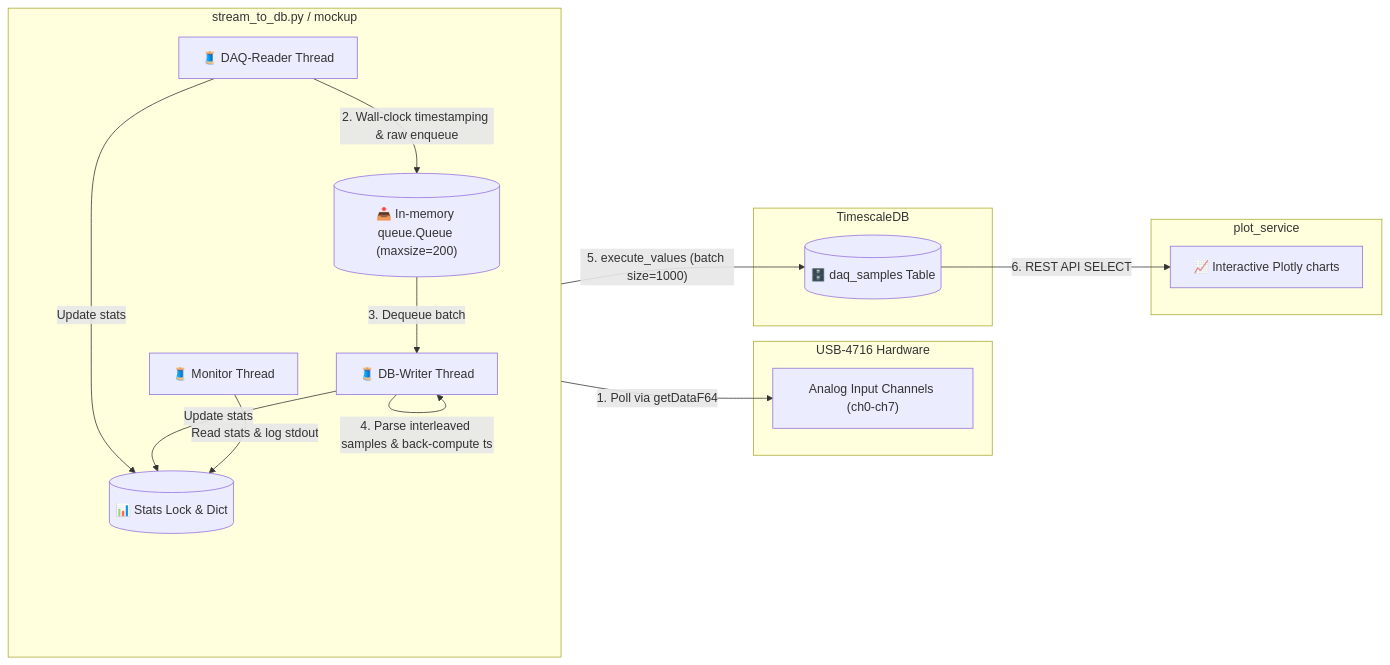
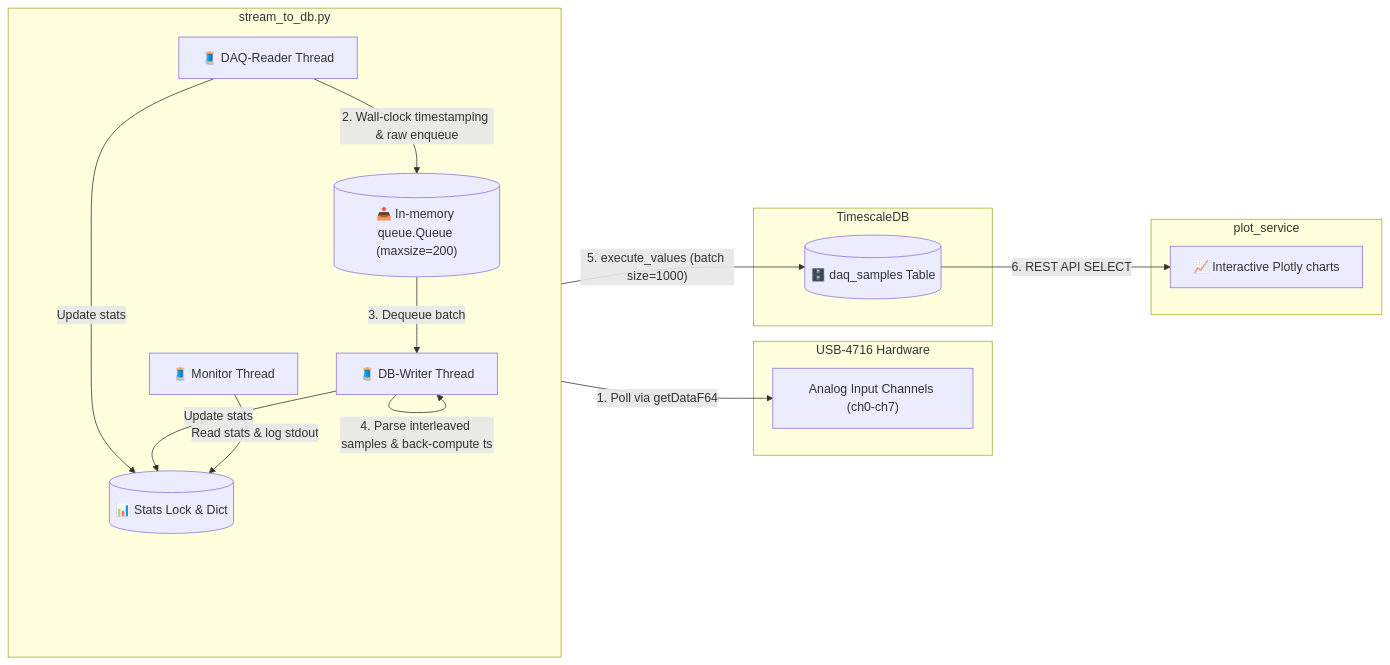
Before and after one commit to Faiisu/DAQ-USB-4716: the third of 3 diagrams in README.md, drawn with Mermaid. The commit also changed other lines of this file, not shown here.

Commit message:
docs(readme): remove mockup references from Technical Architecture and Data Flow diagrams

````diff
--- a/README.md
+++ b/README.md
@@ -86,34 +86,34 @@
 ```mermaid
 graph LR
     subgraph HW [USB-4716 Hardware]
         AI["Analog Input Channels (ch0-ch7)"]
     end
 
-    subgraph Pipeline [stream_to_db.py / mockup]
+    subgraph Pipeline [stream_to_db.py]
         direction TB
         DAQThread["🧵 DAQ-Reader Thread"]
         Queue[("📥 In-memory queue.Queue (maxsize=200)")]
         DBThread["🧵 DB-Writer Thread"]
         Stats[("📊 Stats Lock & Dict")]
         MonitorThread["🧵 Monitor Thread"]
 
         DAQThread -->|1. Poll via getDataF64| AI
         DAQThread -->|2. Wall-clock timestamping & raw enqueue| Queue
         DAQThread -->|Update stats| Stats
         Queue -->|3. Dequeue batch| DBThread
         DBThread -->|4. Parse interleaved samples & back-compute ts| DBThread
         DBThread -->|Update stats| Stats
         MonitorThread -->|Read stats & log stdout| Stats
     end
 
     subgraph PostgreSQL [TimescaleDB]
         daq_samples[("🗄️ daq_samples Table")]
     end
 
     subgraph Plot [plot_service]
         Plotter["📈 Interactive Plotly charts"]
     end
 
     DBThread -->|"5. execute_values (batch size=1000)"| daq_samples
     daq_samples -->|6. REST API SELECT| Plotter
 ```
````
